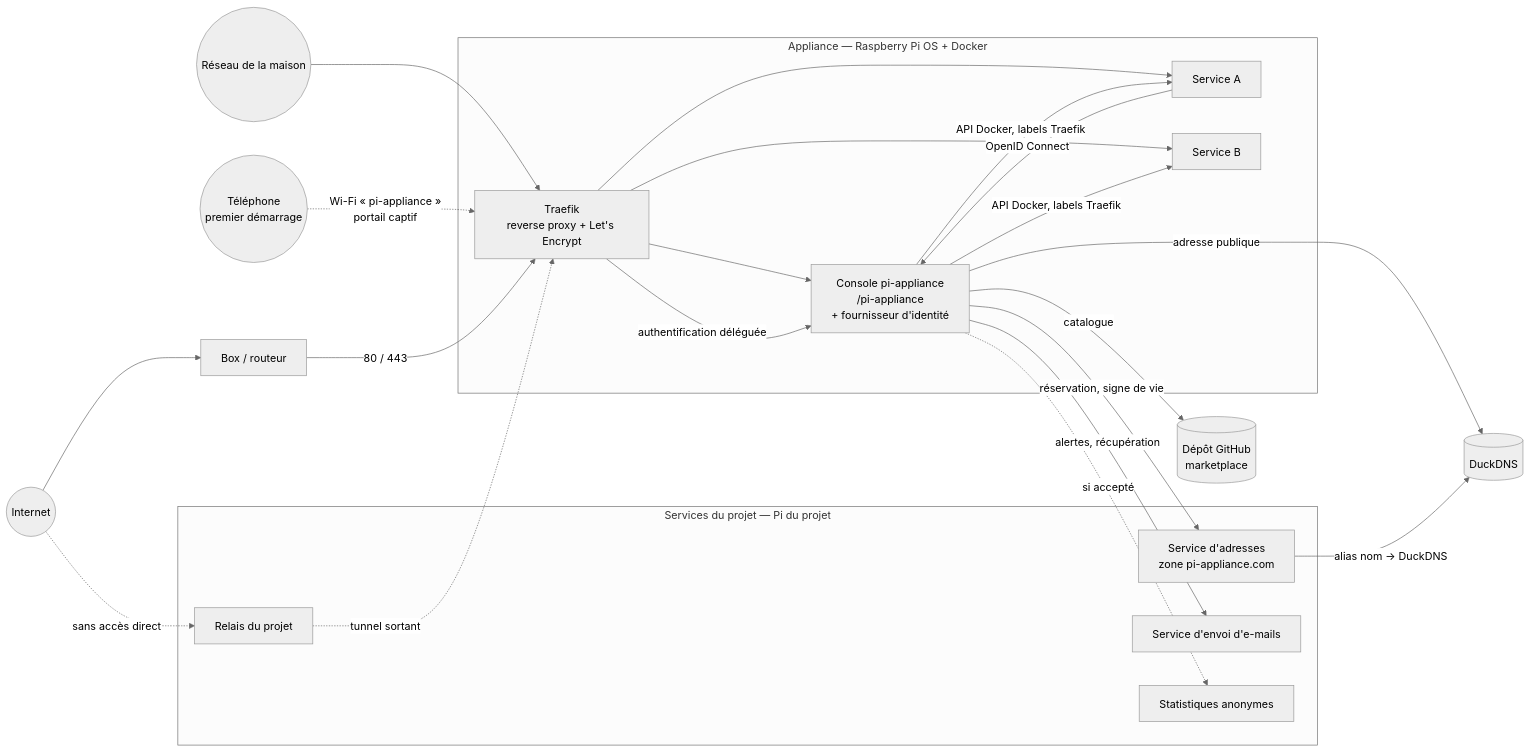
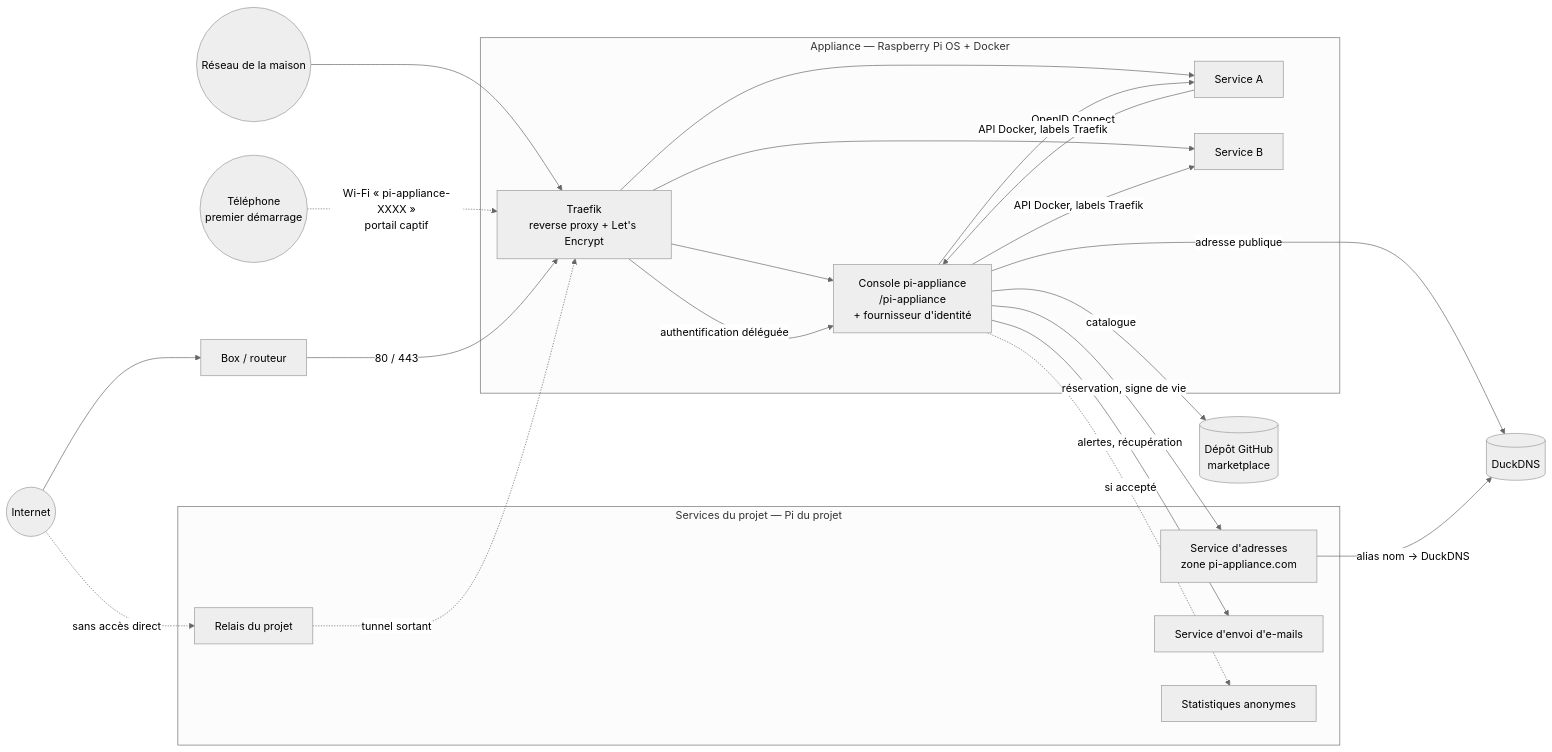
Before and after one commit to gmoulard/pi-appliance: the diagram in docs/specification.md, drawn with Mermaid (neutral theme). The commit also changed other lines of this file and 27 other files, not shown here.

````diff
--- a/docs/specification.md
+++ b/docs/specification.md
@@ -369,34 +371,34 @@
 ```mermaid
 flowchart LR
     Internet((Internet)) --> Box[Box / routeur]
     Internet -. "sans accès direct" .-> Relais[Relais du projet]
     Relais -. "tunnel sortant" .-> Traefik
     LAN((Réseau de la maison)) --> Traefik
-    Telephone((Téléphone<br/>premier démarrage)) -. "Wi-Fi « pi-appliance »<br/>portail captif" .-> Traefik
+    Telephone((Téléphone<br/>premier démarrage)) -. "Wi-Fi « pi-appliance-XXXX »<br/>portail captif" .-> Traefik
     Box -- "80 / 443" --> Traefik
     subgraph Pi["Appliance — Raspberry Pi OS + Docker"]
         Traefik[Traefik<br/>reverse proxy + Let's Encrypt]
         Console[Console pi-appliance<br/>/pi-appliance<br/>+ fournisseur d'identité]
         S1[Service A]
         S2[Service B]
         Traefik --> Console
         Traefik --> S1
         Traefik --> S2
         Traefik -- "authentification déléguée" --> Console
         S1 -- "OpenID Connect" --> Console
         Console -- "API Docker, labels Traefik" --> S1
         Console -- "API Docker, labels Traefik" --> S2
     end
     subgraph Projet["Services du projet — Pi du projet"]
         Adresses[Service d'adresses<br/>zone pi-appliance.com]
         Relais
         Mail[Service d'envoi d'e-mails]
         Stats[Statistiques anonymes]
     end
     Console -- "catalogue" --> Catalogue[(Dépôt GitHub<br/>marketplace)]
     Console -- "adresse publique" --> DDNS[(DuckDNS)]
     Console -- "réservation, signe de vie" --> Adresses
     Console -- "alertes, récupération" --> Mail
     Console -. "si accepté" .-> Stats
     Adresses -- "alias nom → DuckDNS" --> DDNS
 ```
````
